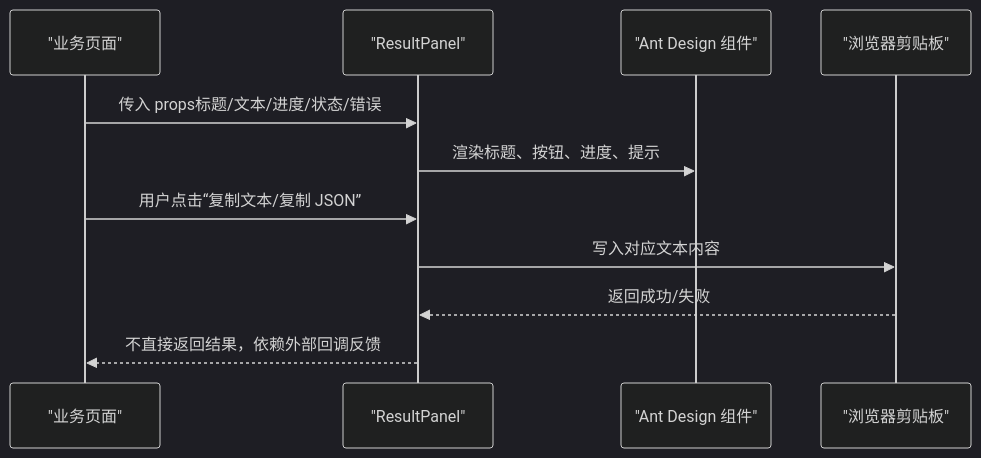
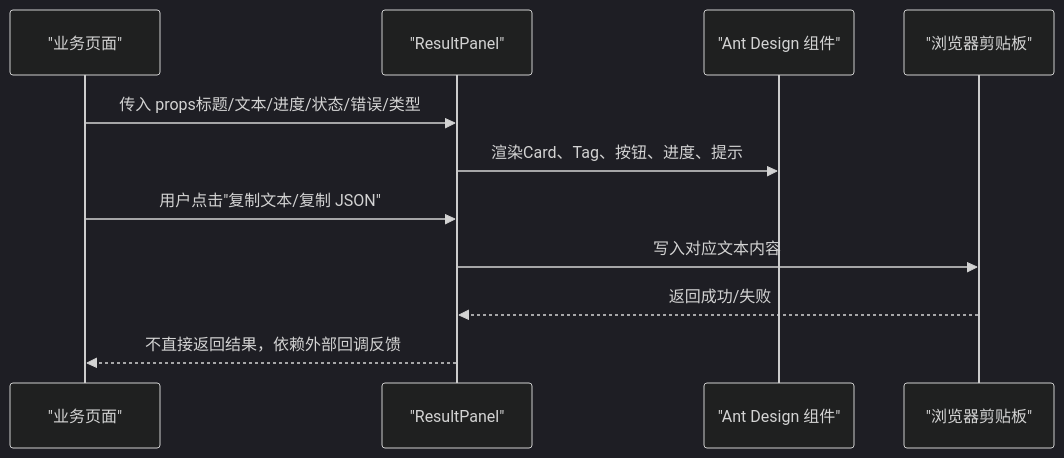
One commit to hanksd769-droid/sailshub changed the second of 4 diagrams in .qoder/repowiki/zh/content/前端组件架构/UI 组件.md. Above: the diagram before and after it, drawn with Mermaid (dark theme). The commit also changed other lines of this file and 2 other files, not shown here.

````diff
--- a/.qoder/repowiki/zh/content/前端组件架构/UI 组件.md
+++ b/.qoder/repowiki/zh/content/前端组件架构/UI 组件.md
@@ -100,13 +114,13 @@
 ```mermaid
 sequenceDiagram
 participant Page as "业务页面"
 participant Panel as "ResultPanel"
 participant AntD as "Ant Design 组件"
 participant Clipboard as "浏览器剪贴板"
-Page->>Panel : 传入 props标题/文本/进度/状态/错误
-Panel->>AntD : 渲染标题、按钮、进度、提示
-Page->>Panel : 用户点击“复制文本/复制 JSON”
+Page->>Panel : 传入 props标题/文本/进度/状态/错误/类型
+Panel->>AntD : 渲染Card、Tag、按钮、进度、提示
+Page->>Panel : 用户点击"复制文本/复制 JSON"
 Panel->>Clipboard : 写入对应文本内容
 Clipboard-->>Panel : 返回成功/失败
 Panel-->>Page : 不直接返回结果，依赖外部回调反馈
 ```
````
